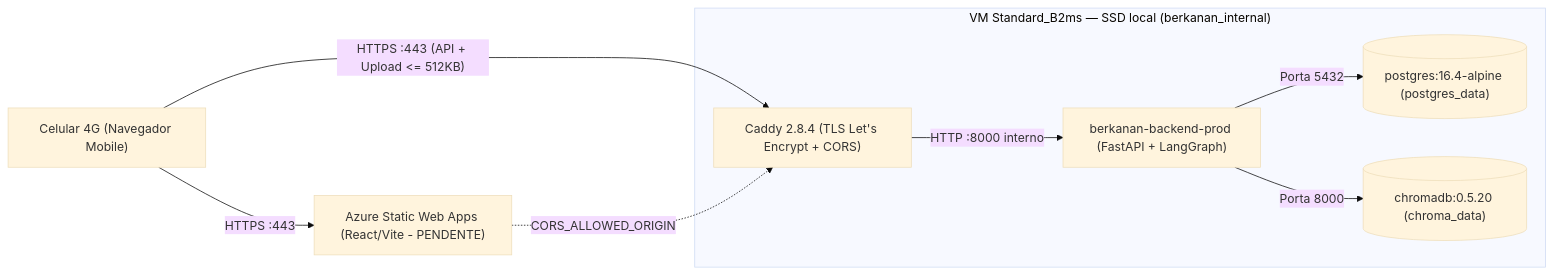
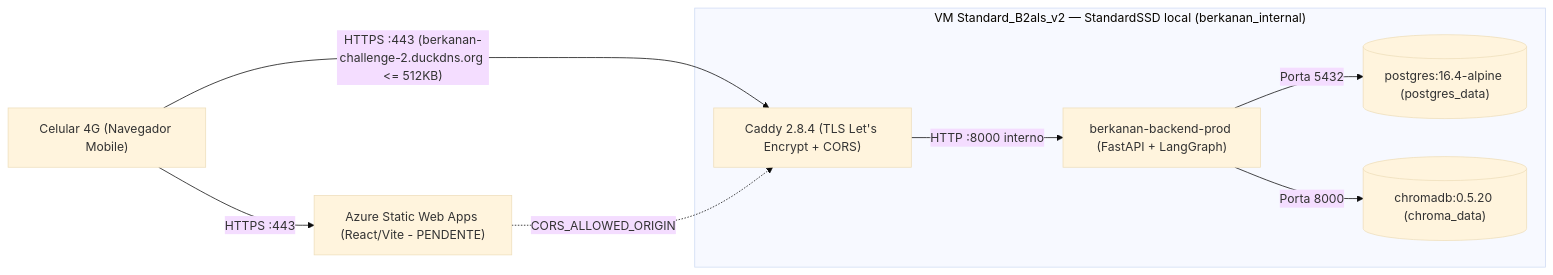
The second of 2 diagrams in docs/architecture/DEPLOYMENT.md (unb-Sistemas-de-Machine-learning/Challenge2_berkanan), drawn with Mermaid (base theme) before and after one commit. The commit also changed other lines of this file and 6 other files, not shown here.

Commit message:
infra(azure): optimize CPU-only Dockerfile, enforce ADMIN_CIDR, FinOps Standard_B2als_v2 and DuckDNS

````diff
--- a/docs/architecture/DEPLOYMENT.md
+++ b/docs/architecture/DEPLOYMENT.md
@@ -38,11 +38,11 @@
 ```mermaid
 flowchart LR
     Celular["Celular 4G (Navegador Mobile)"] -->|"HTTPS :443"| SWA["Azure Static Web Apps (React/Vite - PENDENTE)"]
-    Celular -->|"HTTPS :443 (API + Upload <= 512KB)"| Caddy["Caddy 2.8.4 (TLS Let's Encrypt + CORS)"]
+    Celular -->|"HTTPS :443 (berkanan-challenge-2.duckdns.org <= 512KB)"| Caddy["Caddy 2.8.4 (TLS Let's Encrypt + CORS)"]
     SWA -.->|"CORS_ALLOWED_ORIGIN"| Caddy
-    subgraph VM Azure brazilsouth ["VM Standard_B2ms — SSD local (berkanan_internal)"]
+    subgraph VM Azure brazilsouth ["VM Standard_B2als_v2 — StandardSSD local (berkanan_internal)"]
         Caddy -->|"HTTP :8000 interno"| Backend["berkanan-backend-prod (FastAPI + LangGraph)"]
         Backend -->|"Porta 5432"| Postgres[("postgres:16.4-alpine (postgres_data)")]
         Backend -->|"Porta 8000"| Chroma[("chromadb:0.5.20 (chroma_data)")]
     end
 ```
````
